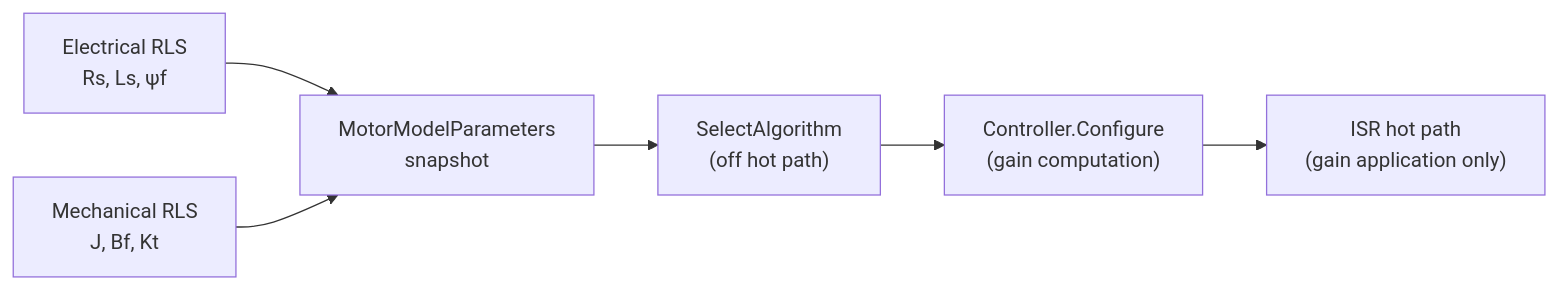
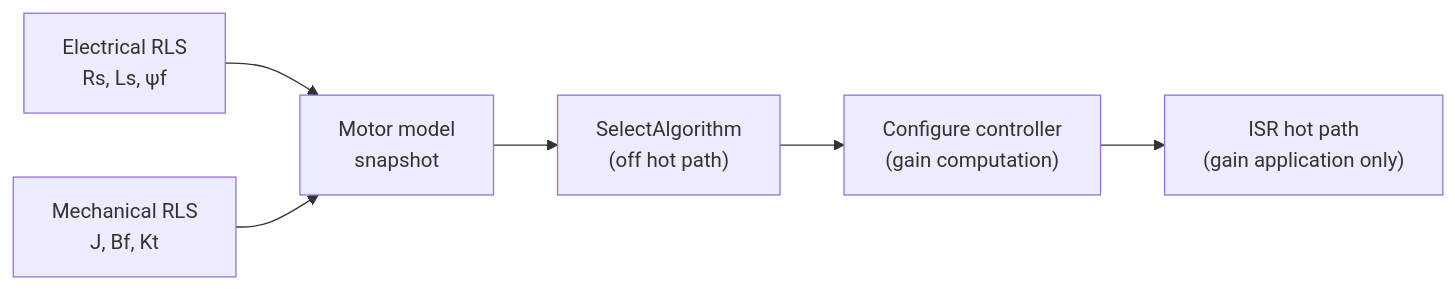
One commit to embedded-pro/e-foc changed the fourth of 9 diagrams in documentation/design/controller-selection.md. Above: the diagram before and after it, drawn with Mermaid. The commit also changed other lines of this file and 37 other files, not shown here.

````diff
--- a/documentation/design/controller-selection.md
+++ b/documentation/design/controller-selection.md
@@ -259,8 +262,8 @@
 ```mermaid
 flowchart LR
-    ELEC_RLS["Electrical RLS\nRs, Ls, ψf"] --> PARAMS["MotorModelParameters\nsnapshot"]
+    ELEC_RLS["Electrical RLS\nRs, Ls, ψf"] --> PARAMS["Motor model\nsnapshot"]
     MECH_RLS["Mechanical RLS\nJ, Bf, Kt"] --> PARAMS
     PARAMS --> SELECT["SelectAlgorithm\n(off hot path)"]
-    SELECT --> CONFIGURE["Controller.Configure\n(gain computation)"]
+    SELECT --> CONFIGURE["Configure controller\n(gain computation)"]
     CONFIGURE --> ISR["ISR hot path\n(gain application only)"]
 ```
````
